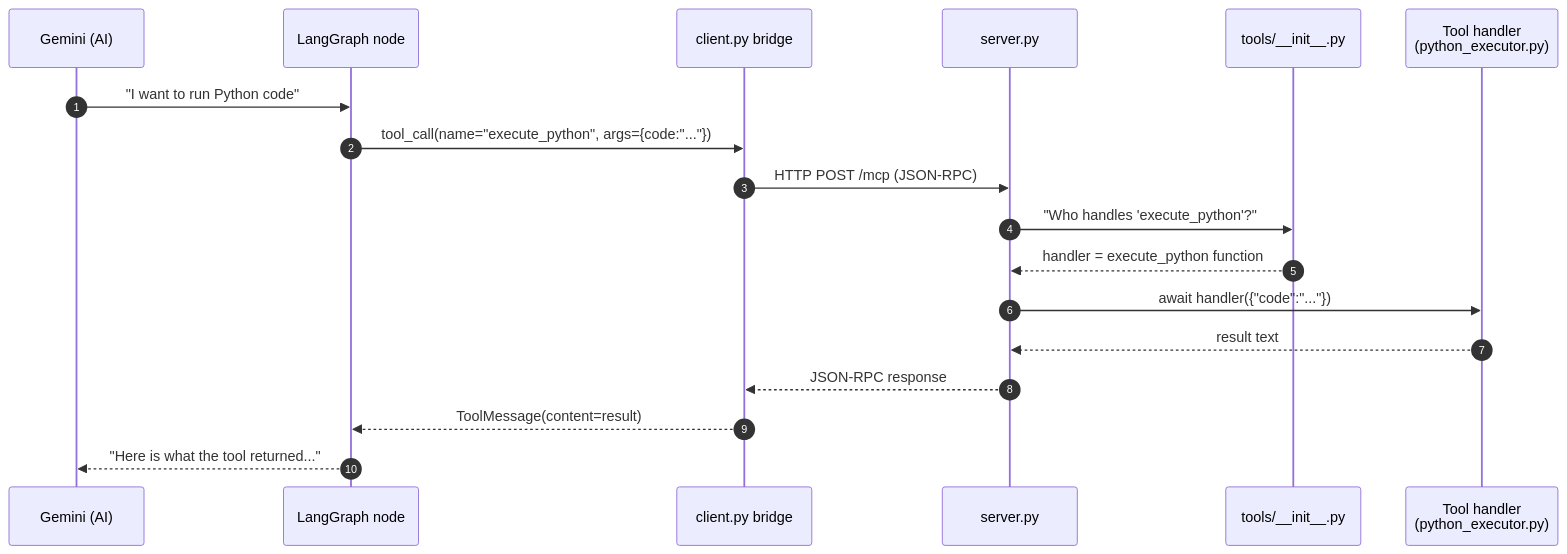
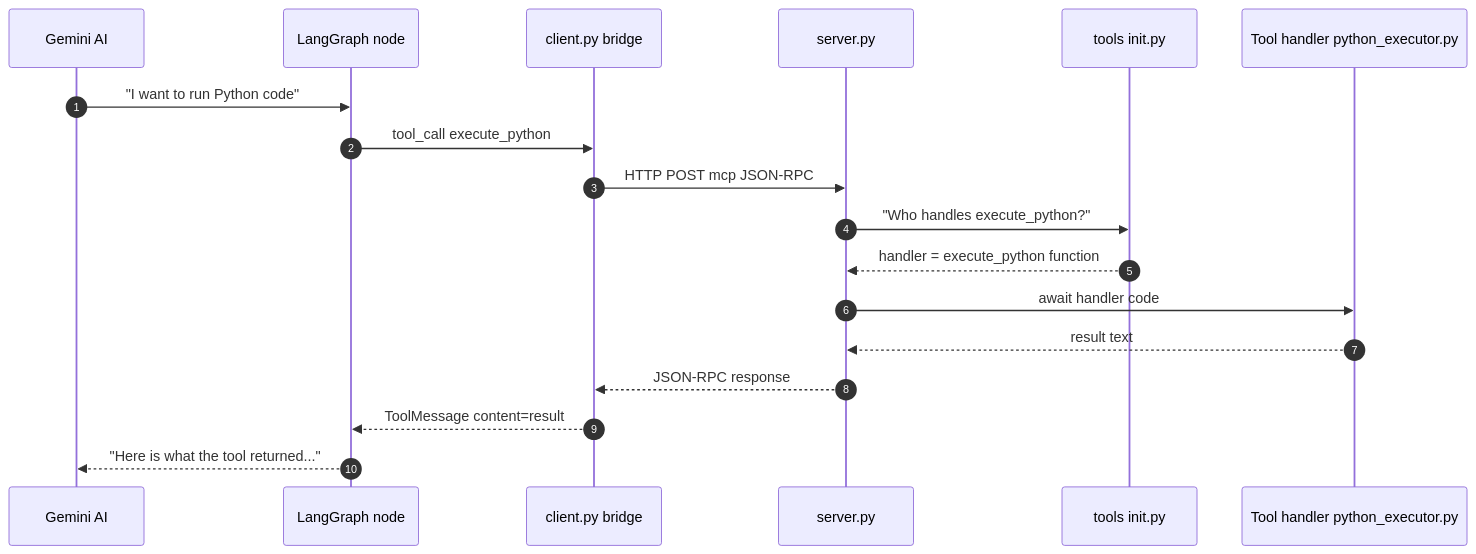
Before and after one commit to Patchino76/ok_dashboard: the first of 2 diagrams in python/agentic/docs/py_md/03_mcp_deep_dive.md, drawn with Mermaid. The commit also changed other lines of this file and 15 other files, not shown here.

Commit message:
fixed py_md graphs and docs

````diff
--- a/python/agentic/docs/py_md/03_mcp_deep_dive.md
+++ b/python/agentic/docs/py_md/03_mcp_deep_dive.md
@@ -9,21 +9,21 @@
 ```mermaid
 sequenceDiagram
     autonumber
-    participant LLM as Gemini (AI)
+    participant LLM as Gemini AI
     participant LG as LangGraph node
     participant CB as client.py bridge
     participant SRV as server.py
-    participant REG as tools/__init__.py
-    participant HAND as Tool handler<br/>(python_executor.py)
+    participant REG as tools init.py
+    participant HAND as Tool handler python_executor.py
 
     LLM->>LG: "I want to run Python code"
-    LG->>CB: tool_call(name="execute_python", args={code:"..."})
-    CB->>SRV: HTTP POST /mcp (JSON-RPC)
-    SRV->>REG: "Who handles 'execute_python'?"
+    LG->>CB: tool_call execute_python
+    CB->>SRV: HTTP POST mcp JSON-RPC
+    SRV->>REG: "Who handles execute_python?"
     REG-->>SRV: handler = execute_python function
-    SRV->>HAND: await handler({"code":"..."})
+    SRV->>HAND: await handler code
     HAND-->>SRV: result text
     SRV-->>CB: JSON-RPC response
-    CB-->>LG: ToolMessage(content=result)
+    CB-->>LG: ToolMessage content=result
     LG-->>LLM: "Here is what the tool returned..."
 ```
````
